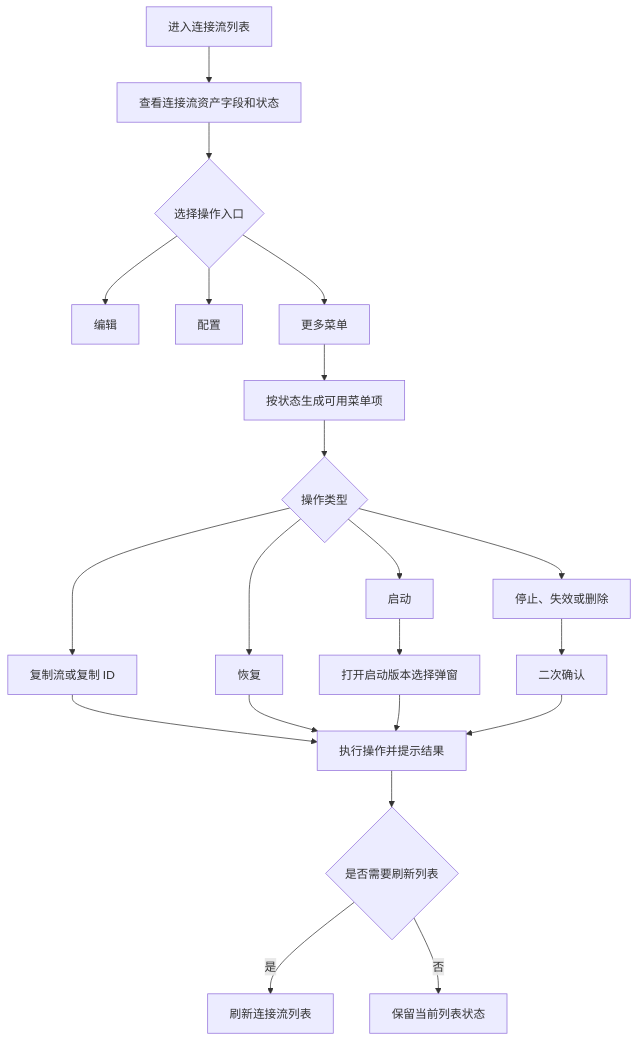
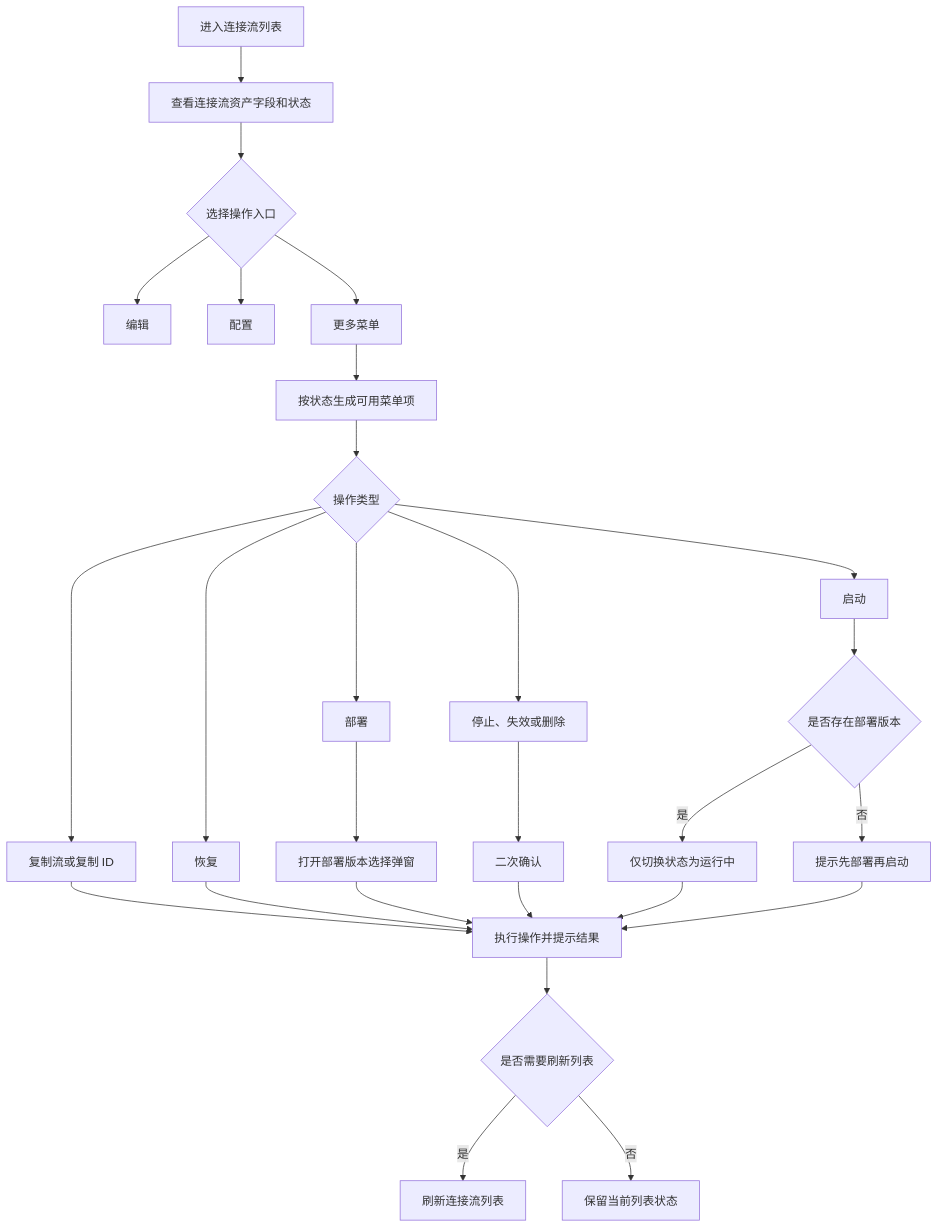
Before and after one commit to THZSummer/open-app: the first of 5 diagrams in front/doc/2026年6月文档/连接流列表需求设计说明书.md, drawn with Mermaid. The commit also changed other lines of this file and 3 other files, not shown here.

````diff
--- a/front/doc/2026年6月文档/连接流列表需求设计说明书.md
+++ b/front/doc/2026年6月文档/连接流列表需求设计说明书.md
@@ -172,23 +182,29 @@
 ```mermaid
 flowchart TD
     A[进入连接流列表] --> B[查看连接流资产字段和状态]
     B --> C{选择操作入口}
     C --> D[编辑]
     C --> E[配置]
     C --> F[更多菜单]
     F --> G[按状态生成可用菜单项]
     G --> H{操作类型}
     H --> I[复制流或复制 ID]
     H --> J[启动]
+    H --> P1[部署]
     H --> K[恢复]
     H --> L[停止、失效或删除]
-    J --> M[打开启动版本选择弹窗]
+    J --> JV{是否存在部署版本}
+    JV -->|否| JN[提示先部署再启动]
+    JV -->|是| JY[仅切换状态为运行中]
+    P1 --> M[打开部署版本选择弹窗]
     L --> N[二次确认]
     I --> O[执行操作并提示结果]
     K --> O
     M --> O
     N --> O
+    JY --> O
+    JN --> O
     O --> P{是否需要刷新列表}
     P -->|是| Q[刷新连接流列表]
     P -->|否| R[保留当前列表状态]
 ```
````
